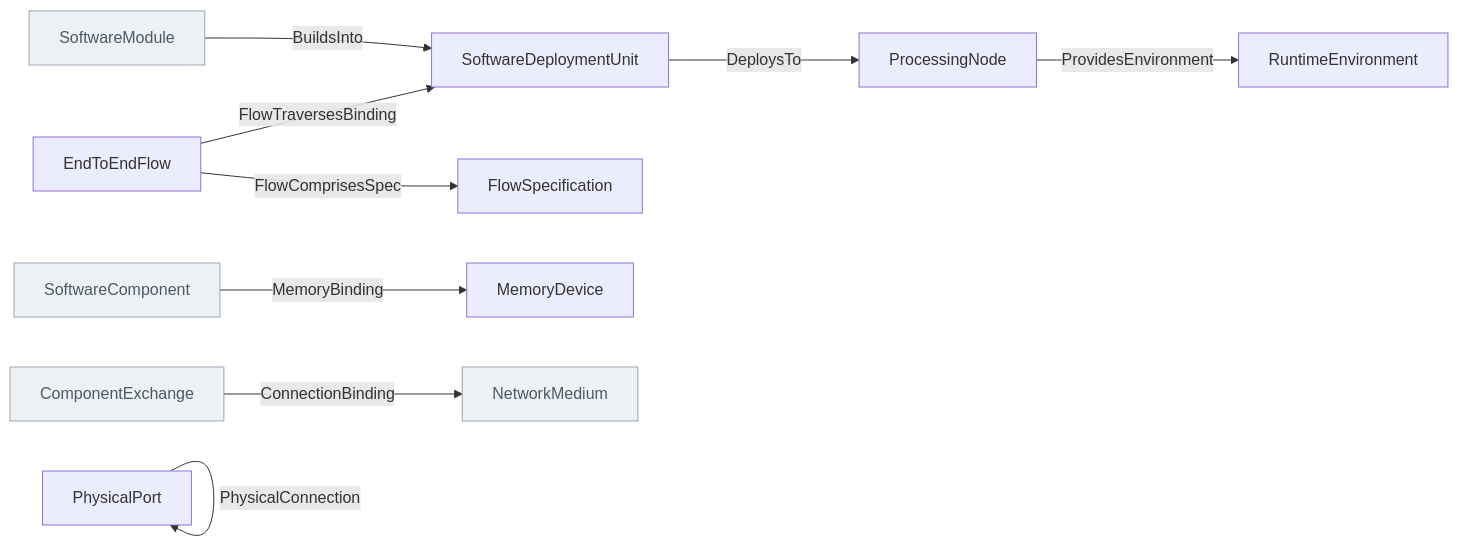
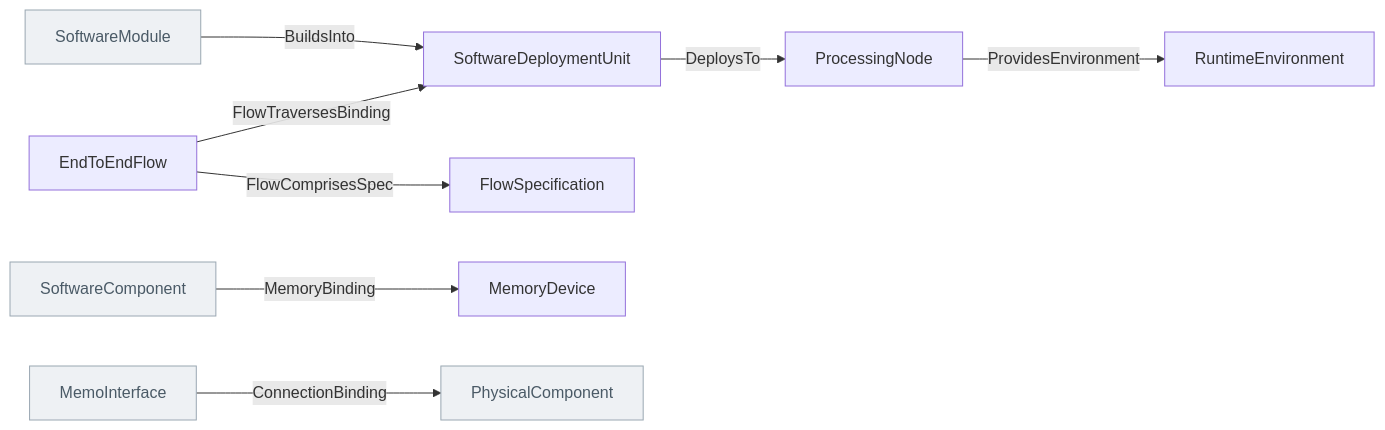
The diagram in docs/ontology/_generated/realization.md (memoarchitect/memo), drawn with Mermaid before and after one commit. The commit also changed other lines of this file and 30 other files, not shown here.

````diff
--- a/docs/ontology/_generated/realization.md
+++ b/docs/ontology/_generated/realization.md
@@ -27,23 +27,21 @@
 ```mermaid
 flowchart LR
   SoftwareModule["SoftwareModule"]:::other
   SoftwareDeploymentUnit["SoftwareDeploymentUnit"]
   ProcessingNode["ProcessingNode"]
   RuntimeEnvironment["RuntimeEnvironment"]
   SoftwareComponent["SoftwareComponent"]:::other
   MemoryDevice["MemoryDevice"]
-  ComponentExchange["ComponentExchange"]:::other
-  NetworkMedium["NetworkMedium"]:::other
+  MemoInterface["MemoInterface"]:::other
+  PhysicalComponent["PhysicalComponent"]:::other
   EndToEndFlow["EndToEndFlow"]
   FlowSpecification["FlowSpecification"]
-  PhysicalPort["PhysicalPort"]
   SoftwareModule -->|BuildsInto| SoftwareDeploymentUnit
   SoftwareDeploymentUnit -->|DeploysTo| ProcessingNode
   ProcessingNode -->|ProvidesEnvironment| RuntimeEnvironment
   SoftwareComponent -->|MemoryBinding| MemoryDevice
-  ComponentExchange -->|ConnectionBinding| NetworkMedium
+  MemoInterface -->|ConnectionBinding| PhysicalComponent
   EndToEndFlow -->|FlowComprisesSpec| FlowSpecification
   EndToEndFlow -->|FlowTraversesBinding| SoftwareDeploymentUnit
-  PhysicalPort -->|PhysicalConnection| PhysicalPort
   classDef other fill:#eef1f4,stroke:#9aa7b2,color:#4a5a66
 ```
````
